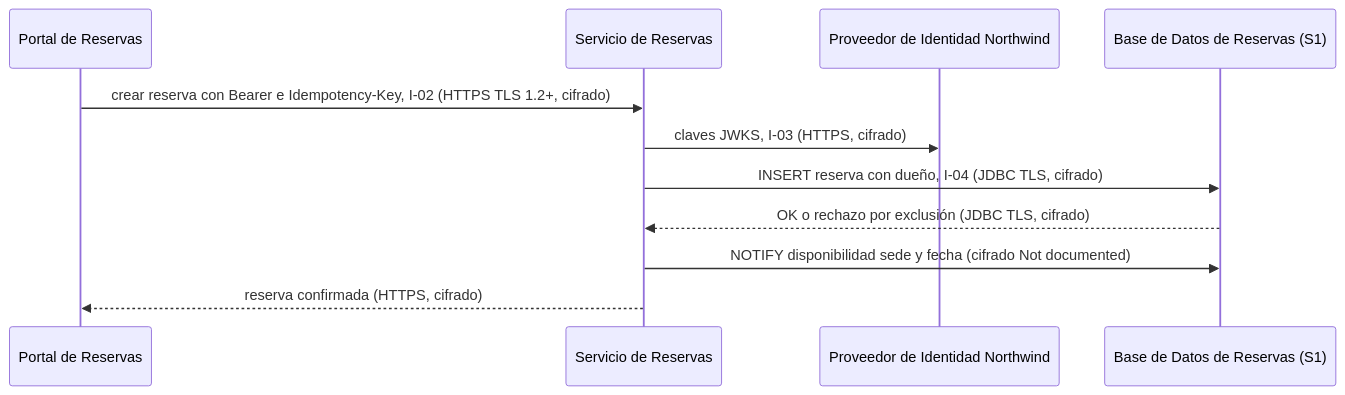
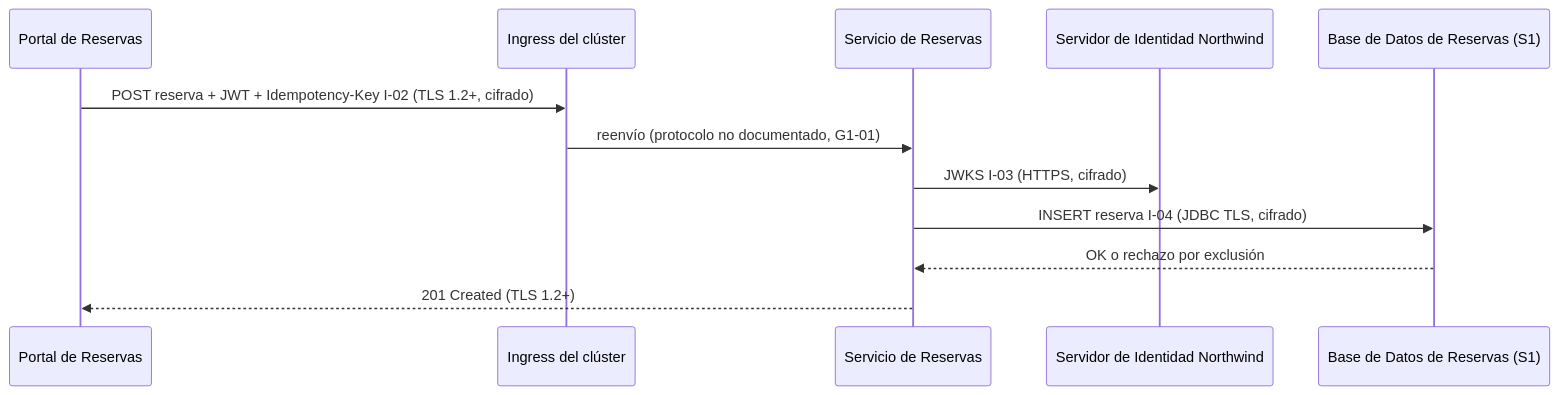
Before and after one commit to shadowX4fox/northwind-reservas: the second of 3 diagrams in analysis/DATA-SENSITIVITY-2026-11-02.md, drawn with Mermaid. The commit also changed other lines of this file and 8 other files, not shown here.

First line of the commit message:
I-01 e I-03 apuntan al Servidor de Identidad Northwind — un solo nombre para la identidad

````diff
--- a/analysis/DATA-SENSITIVITY-2026-11-02.md
+++ b/analysis/DATA-SENSITIVITY-2026-11-02.md
@@ -78,13 +78,14 @@
 ```mermaid
 sequenceDiagram
-  participant Portal as Portal de Reservas
-  participant Svc as Servicio de Reservas
-  participant IdP as Proveedor de Identidad Northwind
+  participant P as Portal de Reservas
+  participant I as Ingress del clúster
+  participant S as Servicio de Reservas
+  participant K as Servidor de Identidad Northwind
   participant DB as Base de Datos de Reservas (S1)
-  Portal->>Svc: crear reserva con Bearer e Idempotency-Key, I-02 (HTTPS TLS 1.2+, cifrado)
-  Svc->>IdP: claves JWKS, I-03 (HTTPS, cifrado)
-  Svc->>DB: INSERT reserva con dueño, I-04 (JDBC TLS, cifrado)
-  DB-->>Svc: OK o rechazo por exclusión (JDBC TLS, cifrado)
-  Svc->>DB: NOTIFY disponibilidad sede y fecha (cifrado Not documented)
-  Svc-->>Portal: reserva confirmada (HTTPS, cifrado)
+  P->>I: POST reserva + JWT + Idempotency-Key I-02 (TLS 1.2+, cifrado)
+  I->>S: reenvío (protocolo no documentado, G1-01)
+  S->>K: JWKS I-03 (HTTPS, cifrado)
+  S->>DB: INSERT reserva I-04 (JDBC TLS, cifrado)
+  DB-->>S: OK o rechazo por exclusión
+  S-->>P: 201 Created (TLS 1.2+)
 ```
````
